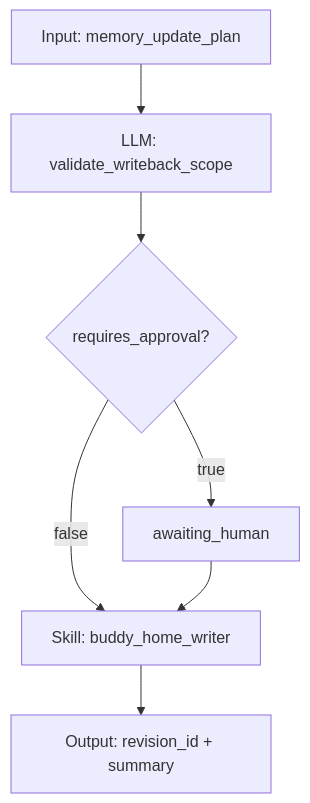
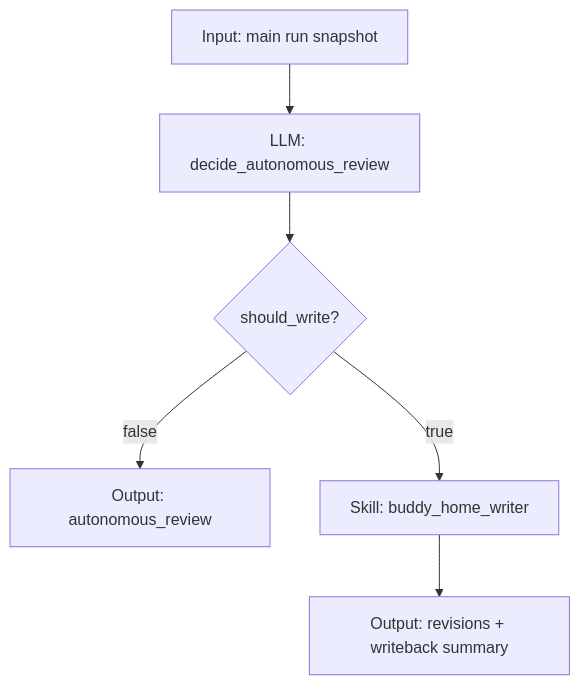
One commit to OoABYSSoO/TooGraph changed the fourth of 4 diagrams in docs/future/buddy-autonomous-agent-roadmap.md. Above: the diagram before and after it, drawn with Mermaid. The commit also changed other lines of this file and 26 other files, not shown here.

````diff
--- a/docs/future/buddy-autonomous-agent-roadmap.md
+++ b/docs/future/buddy-autonomous-agent-roadmap.md
@@ -401,9 +388,8 @@
 ```mermaid
 flowchart TD
-  A[Input: memory_update_plan] --> B[LLM: validate_writeback_scope]
-  B --> C{requires_approval?}
-  C -- true --> P[awaiting_human]
-  C -- false --> W[Skill: buddy_home_writer]
-  P --> W
-  W --> O[Output: revision_id + summary]
+  A[Input: main run snapshot] --> B[LLM: decide_autonomous_review]
+  B --> C{should_write?}
+  C -- false --> O[Output: autonomous_review]
+  C -- true --> W[Skill: buddy_home_writer]
+  W --> R[Output: revisions + writeback summary]
 ```
````
